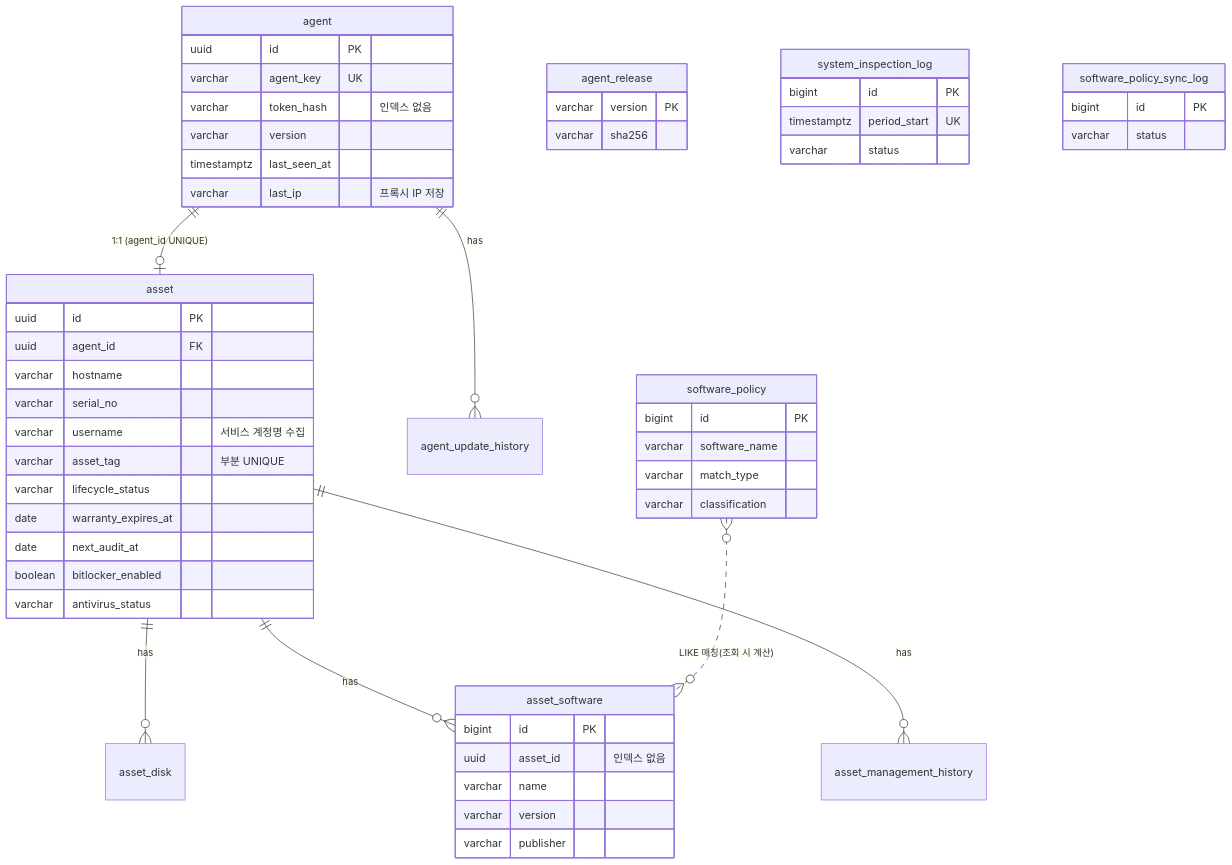
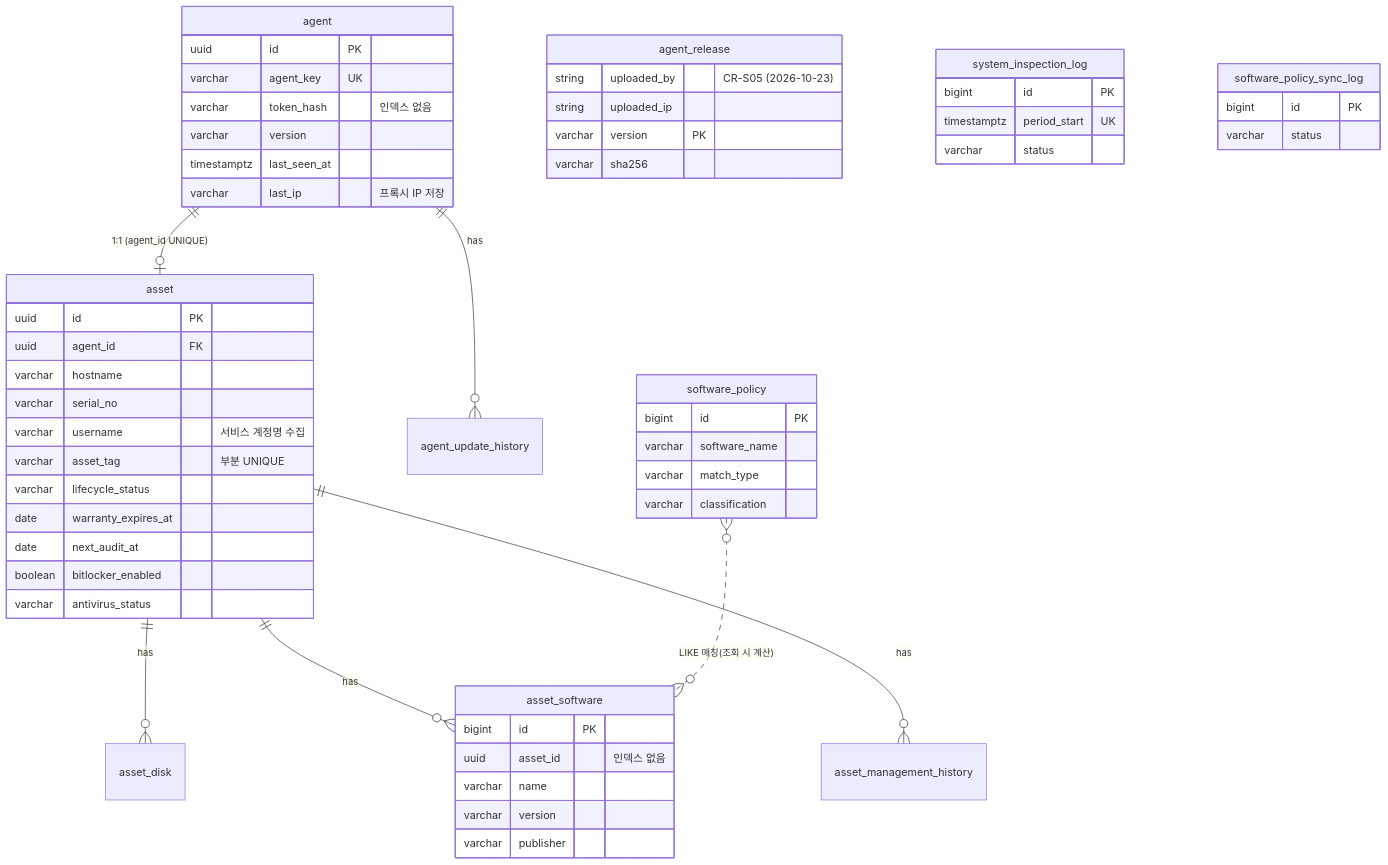
The third of 3 diagrams in docs/01_현황분석.md (jaehakim/assets), drawn with Mermaid before and after one commit. The commit also changed other lines of this file and 21 other files, not shown here.

````diff
--- a/docs/01_현황분석.md
+++ b/docs/01_현황분석.md
@@ -81,56 +81,58 @@
 ```mermaid
 erDiagram
   agent ||--o| asset : "1:1 (agent_id UNIQUE)"
   agent ||--o{ agent_update_history : has
   asset ||--o{ asset_disk : has
   asset ||--o{ asset_software : has
   asset ||--o{ asset_management_history : has
   software_policy }o..o{ asset_software : "LIKE 매칭(조회 시 계산)"
   agent {
     uuid id PK
     varchar agent_key UK
     varchar token_hash "인덱스 없음"
     varchar version
     timestamptz last_seen_at
     varchar last_ip "프록시 IP 저장"
   }
   asset {
     uuid id PK
     uuid agent_id FK
     varchar hostname
     varchar serial_no
     varchar username "서비스 계정명 수집"
     varchar asset_tag "부분 UNIQUE"
     varchar lifecycle_status
     date warranty_expires_at
     date next_audit_at
     boolean bitlocker_enabled
     varchar antivirus_status
   }
   asset_software {
     bigint id PK
     uuid asset_id "인덱스 없음"
     varchar name
     varchar version
     varchar publisher
   }
   software_policy {
     bigint id PK
     varchar software_name
     varchar match_type
     varchar classification
   }
   agent_release {
+    string uploaded_by "CR-S05 (2026-10-23)"
+    string uploaded_ip
     varchar version PK
     varchar sha256
   }
   system_inspection_log {
     bigint id PK
     timestamptz period_start UK
     varchar status
   }
   software_policy_sync_log {
     bigint id PK
     varchar status
   }
 ```
````
